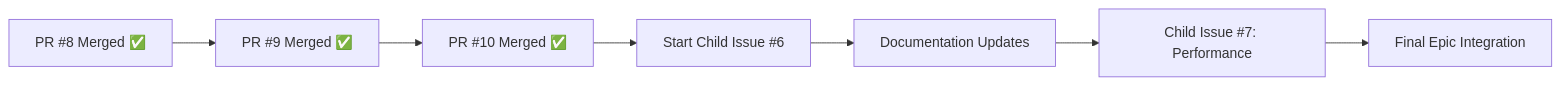
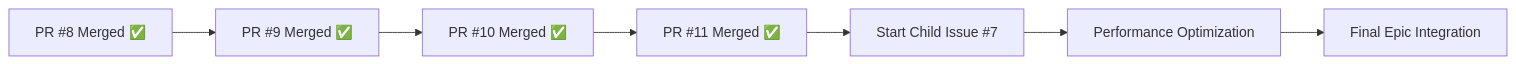
The fourth of 5 diagrams in docs/epic-progress-visual.md (info-tech-io/hugo-templates), drawn with Mermaid before and after one commit. The commit also changed other lines of this file, not shown here.

````diff
--- a/docs/epic-progress-visual.md
+++ b/docs/epic-progress-visual.md
@@ -166,9 +176,9 @@
 ```mermaid
 flowchart LR
     A[PR #8 Merged ✅] --> B[PR #9 Merged ✅]
     B --> C[PR #10 Merged ✅]
-    C --> D[Start Child Issue #6]
-    D --> E[Documentation Updates]
-    E --> F[Child Issue #7: Performance]
+    C --> D[PR #11 Merged ✅]
+    D --> E[Start Child Issue #7]
+    E --> F[Performance Optimization]
     F --> G[Final Epic Integration]
 ```
````
